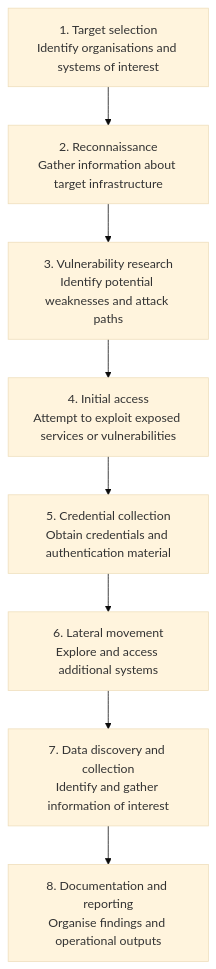
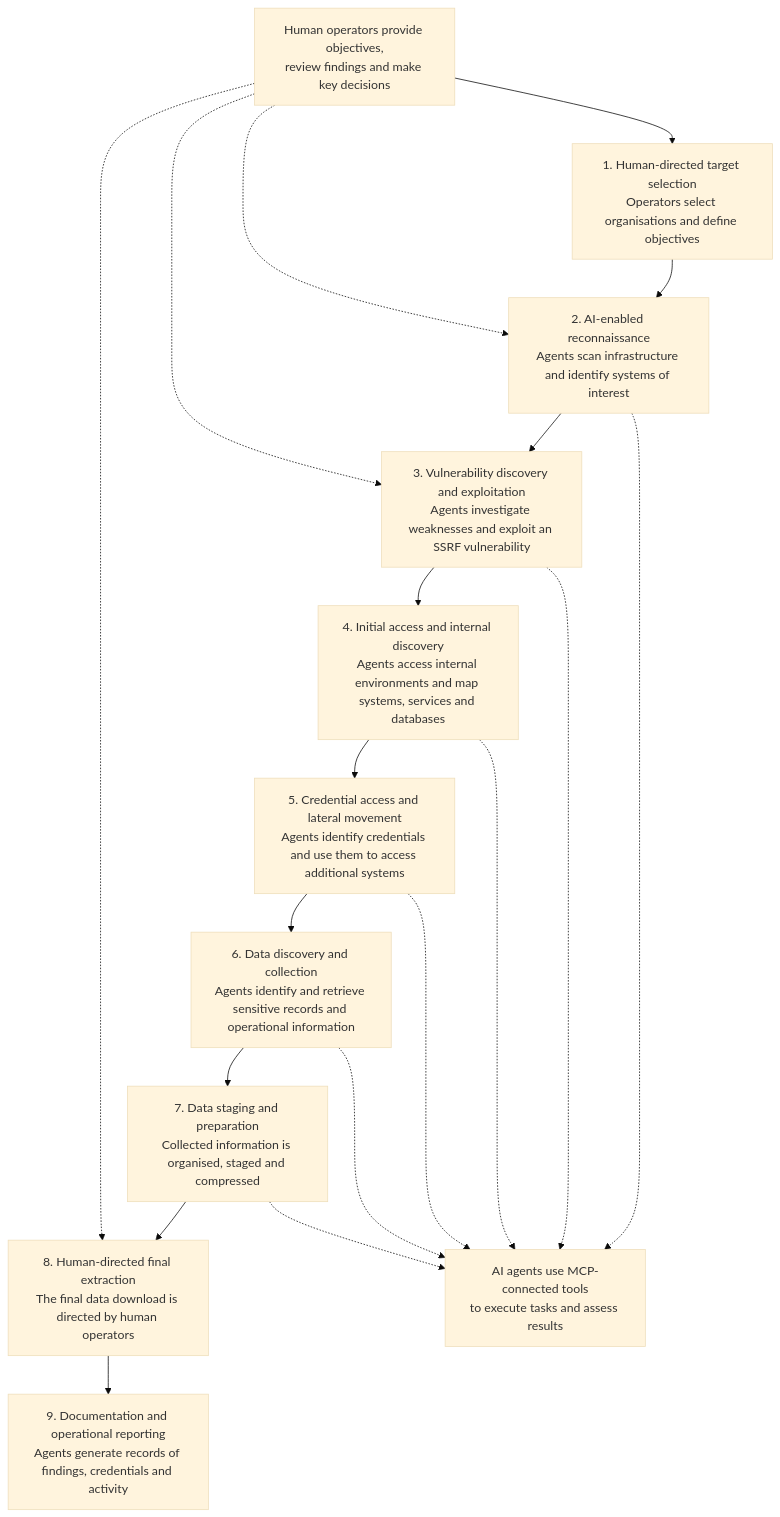
The diagram in diagrams/attack-lifecycle.md (suncicap/ai-enabled-cyber-operations), drawn with Mermaid (base theme) before and after one commit. The commit also changed other lines of this file, not shown here.

First line of the commit message:
Revise attack lifecycle to include AI and human roles

````diff
--- a/diagrams/attack-lifecycle.md
+++ b/diagrams/attack-lifecycle.md
@@ -11,13 +11,27 @@
 ```mermaid
 flowchart TD
-    A["1. Target selection<br/>Identify organisations and systems of interest"]
-    B["2. Reconnaissance<br/>Gather information about target infrastructure"]
-    C["3. Vulnerability research<br/>Identify potential weaknesses and attack paths"]
-    D["4. Initial access<br/>Attempt to exploit exposed services or vulnerabilities"]
-    E["5. Credential collection<br/>Obtain credentials and authentication material"]
-    F["6. Lateral movement<br/>Explore and access additional systems"]
-    G["7. Data discovery and collection<br/>Identify and gather information of interest"]
-    H["8. Documentation and reporting<br/>Organise findings and operational outputs"]
+    A["1. Human-directed target selection<br/>Operators select organisations and define objectives"]
+    B["2. AI-enabled reconnaissance<br/>Agents scan infrastructure and identify systems of interest"]
+    C["3. Vulnerability discovery and exploitation<br/>Agents investigate weaknesses and exploit an SSRF vulnerability"]
+    D["4. Initial access and internal discovery<br/>Agents access internal environments and map systems, services and databases"]
+    E["5. Credential access and lateral movement<br/>Agents identify credentials and use them to access additional systems"]
+    F["6. Data discovery and collection<br/>Agents identify and retrieve sensitive records and operational information"]
+    G["7. Data staging and preparation<br/>Collected information is organised, staged and compressed"]
+    H["8. Human-directed final extraction<br/>The final data download is directed by human operators"]
+    I["9. Documentation and operational reporting<br/>Agents generate records of findings, credentials and activity"]
 
-    A --> B --> C --> D --> E --> F --> G --> H
+    A --> B --> C --> D --> E --> F --> G --> H --> I
+
+    B -.-> J["AI agents use MCP-connected tools<br/>to execute tasks and assess results"]
+    C -.-> J
+    D -.-> J
+    E -.-> J
+    F -.-> J
+    G -.-> J
+
+    K["Human operators provide objectives,<br/>review findings and make key decisions"]
+    K --> A
+    K -.-> B
+    K -.-> C
+    K -.-> H
 ```
````
